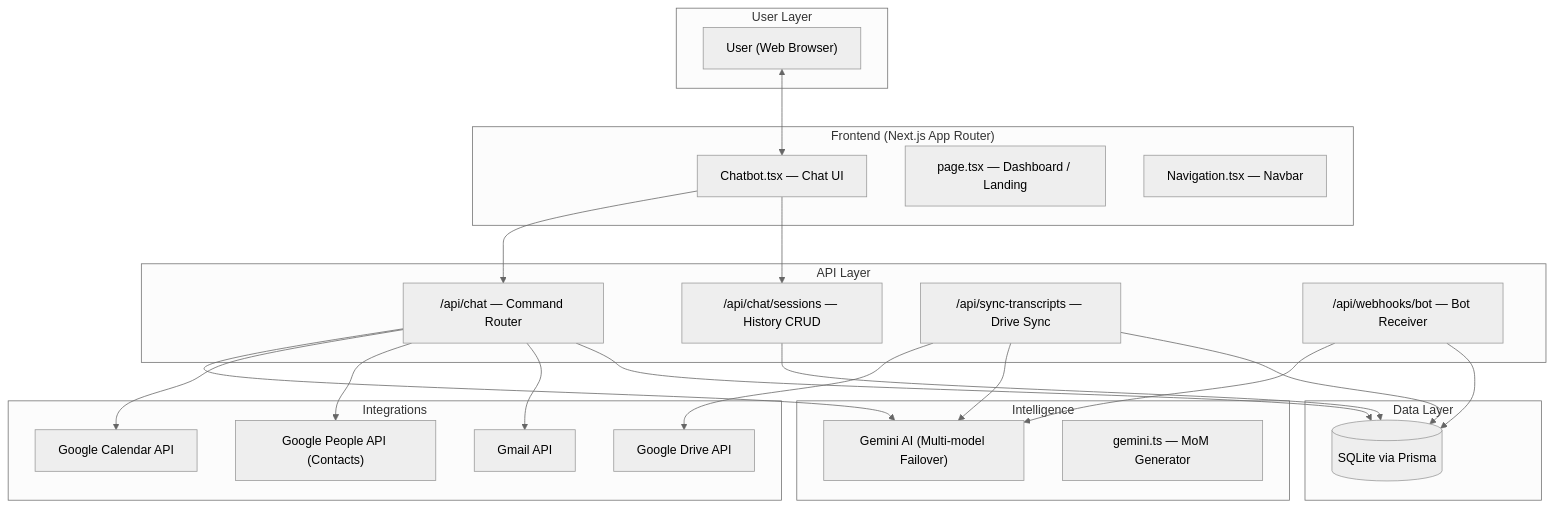
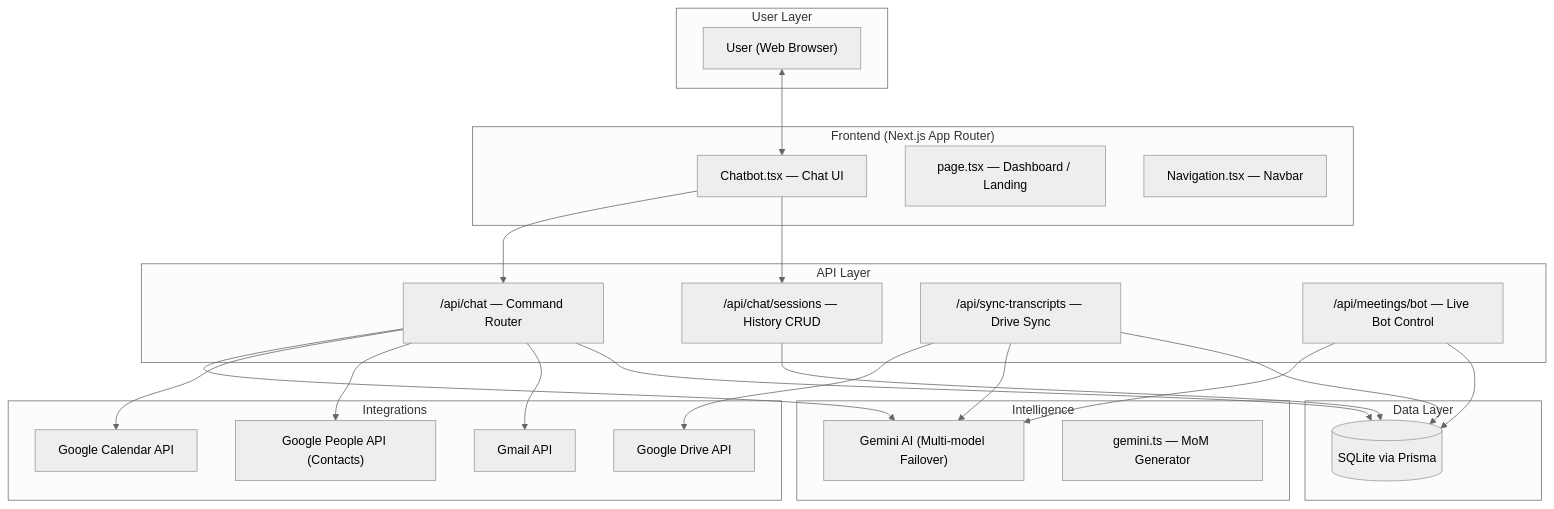
Before and after one commit to abhishek2306/vela-meeting-assistant: the diagram in README.md, drawn with Mermaid (neutral theme). The commit also changed other lines of this file and 1 other file, not shown here.

Commit message:
docs: finalize README with bot features and reliability improvements

````diff
--- a/README.md
+++ b/README.md
@@ -28,50 +31,50 @@
 ```mermaid
 graph TD
     subgraph "User Layer"
         User["User (Web Browser)"]
     end
 
     subgraph "Frontend (Next.js App Router)"
         UI["Chatbot.tsx — Chat UI"]
         Landing["page.tsx — Dashboard / Landing"]
         Nav["Navigation.tsx — Navbar"]
     end
 
     subgraph "API Layer"
         ChatAPI["/api/chat — Command Router"]
         SessionsAPI["/api/chat/sessions — History CRUD"]
         SyncAPI["/api/sync-transcripts — Drive Sync"]
-        Webhook["/api/webhooks/bot — Bot Receiver"]
+        BotAPI["/api/meetings/bot — Live Bot Control"]
     end
 
     subgraph "Intelligence"
         Gemini["Gemini AI (Multi-model Failover)"]
         MoMGen["gemini.ts — MoM Generator"]
     end
 
     subgraph "Integrations"
         GCal["Google Calendar API"]
         GPeople["Google People API (Contacts)"]
         GGmail["Gmail API"]
         GDrive["Google Drive API"]
     end
 
     subgraph "Data Layer"
         DB[("SQLite via Prisma")]
     end
 
     User <--> UI
     UI --> ChatAPI
     UI --> SessionsAPI
     ChatAPI --> Gemini
     ChatAPI --> GCal
     ChatAPI --> GPeople
     ChatAPI --> GGmail
     SyncAPI --> GDrive
     SyncAPI --> Gemini
     SyncAPI --> DB
-    Webhook --> Gemini
-    Webhook --> DB
+    BotAPI --> Gemini
+    BotAPI --> DB
     SessionsAPI --> DB
     ChatAPI --> DB
 ```
````
